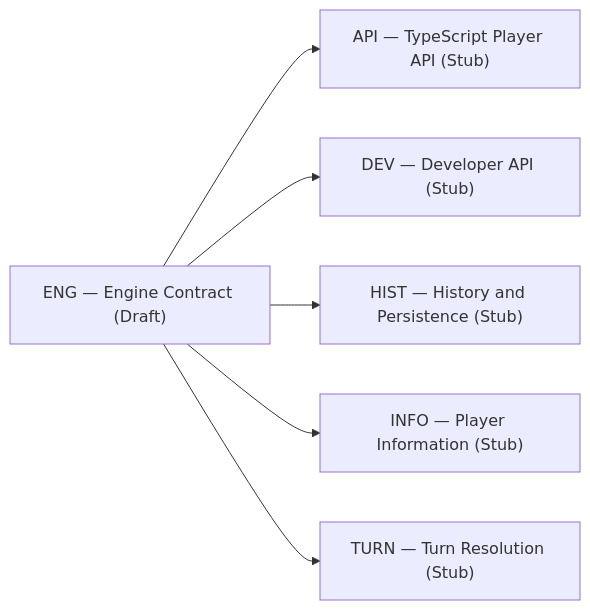
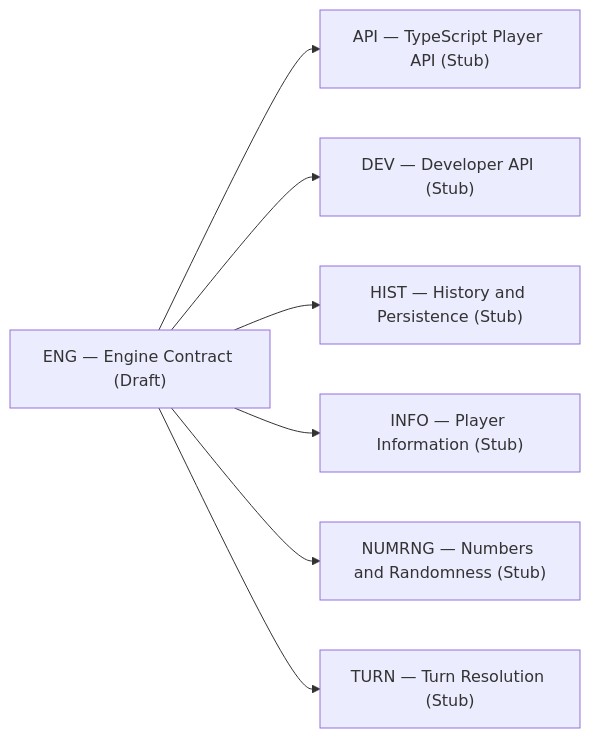
The second of 2 diagrams in docs/derived/relationships/refines.md (konrad-jamrozik/game-v5), drawn with Mermaid before and after one commit. The commit also changed other lines of this file and 28 other files, not shown here.

````diff
--- a/docs/derived/relationships/refines.md
+++ b/docs/derived/relationships/refines.md
@@ -48,14 +36,16 @@
 ```mermaid
 flowchart LR
   API["API — TypeScript Player API (Stub)"]
   DEV["DEV — Developer API (Stub)"]
   ENG["ENG — Engine Contract (Draft)"]
   HIST["HIST — History and Persistence (Stub)"]
   INFO["INFO — Player Information (Stub)"]
+  NUMRNG["NUMRNG — Numbers and Randomness (Stub)"]
   TURN["TURN — Turn Resolution (Stub)"]
   ENG --> API
   ENG --> DEV
   ENG --> HIST
   ENG --> INFO
+  ENG --> NUMRNG
   ENG --> TURN
 ```
````
